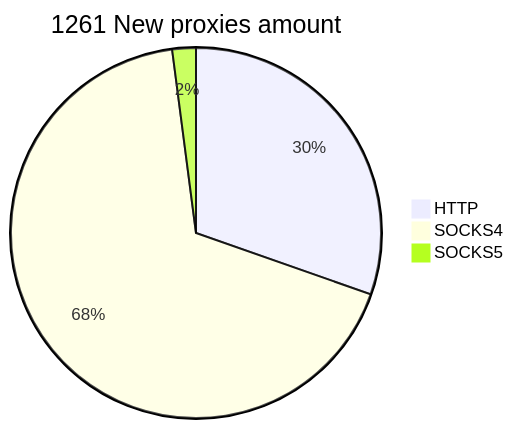
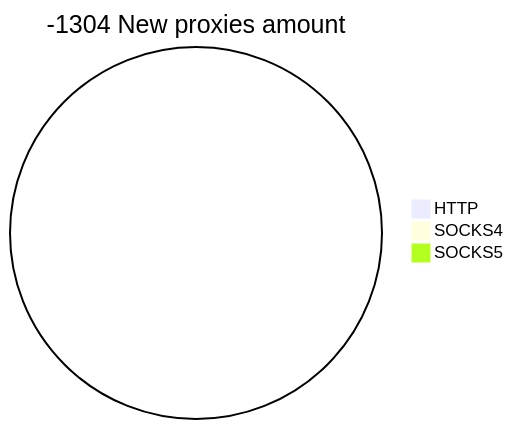
The second of 2 diagrams in README.md (cutipu/proxylist), drawn with Mermaid before and after one commit. The commit also changed other lines of this file, not shown here.

````diff
--- a/README.md
+++ b/README.md
@@ -10,6 +10,6 @@
 ```mermaid
-pie title 1261 New proxies amount
-    "HTTP" : 383
-    "SOCKS4" : 852
-    "SOCKS5" : 26
+pie title -1304 New proxies amount
+    "HTTP" : 0
+    "SOCKS4" : 0
+    "SOCKS5" : 0
 ```
````
